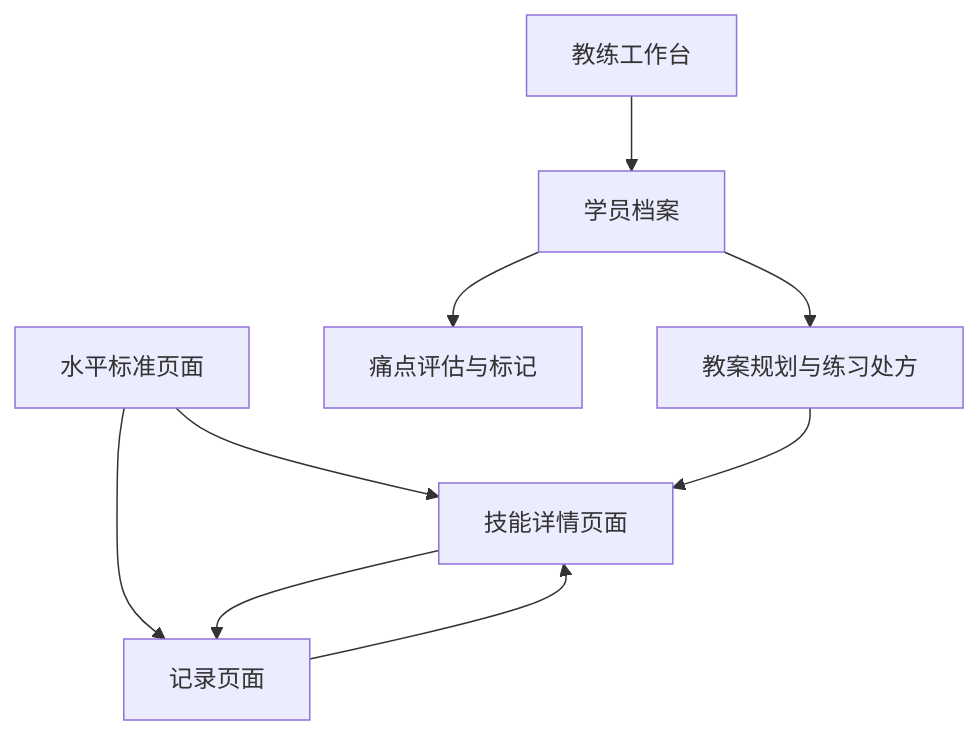
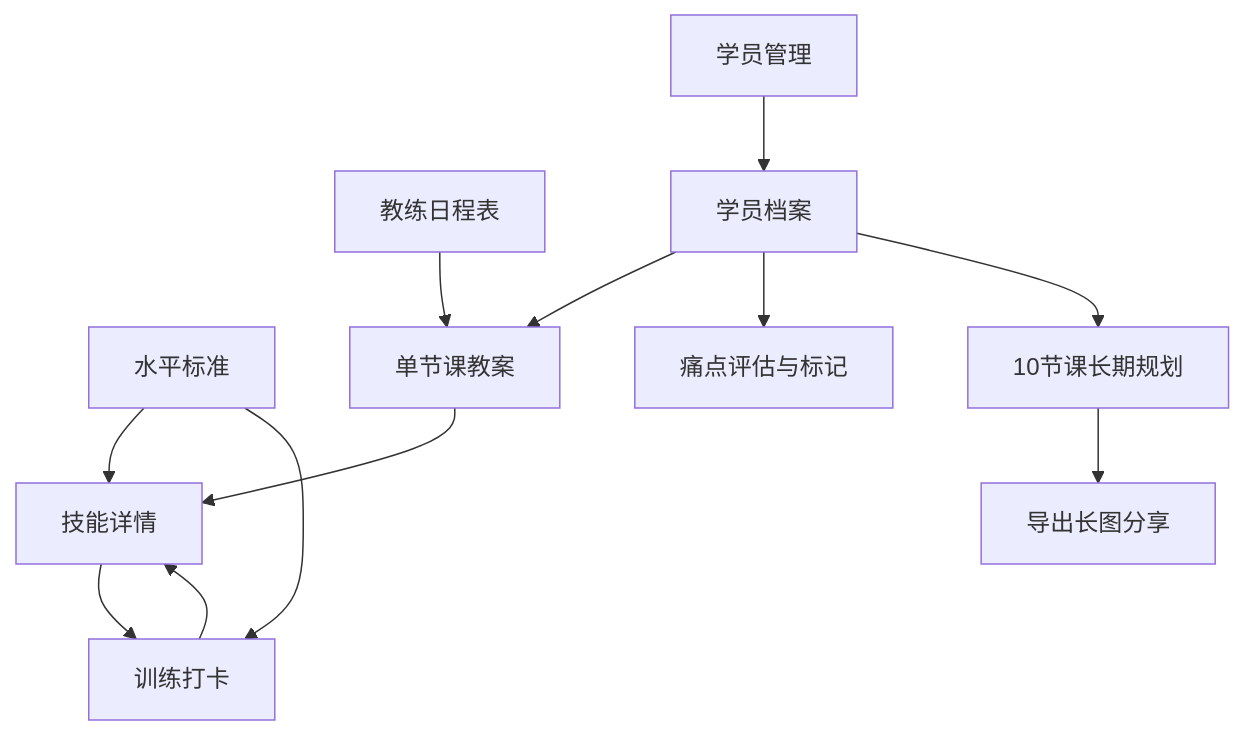
The diagram in .trae/documents/prd.md (Q06183/AllLevelTennis), drawn with Mermaid before and after one commit. The commit also changed other lines of this file and 18 other files, not shown here.

````diff
--- a/.trae/documents/prd.md
+++ b/.trae/documents/prd.md
@@ -64,11 +67,14 @@
 ```mermaid
 graph TD
-  A[水平标准页面] --> B[技能详情页面]
-  A --> C[记录页面]
+  A[水平标准] --> B[技能详情]
+  A --> C[训练打卡]
   B --> C
   C --> B
-  D[教练工作台] --> E[学员档案]
-  E --> F[痛点评估与标记]
-  E --> G[教案规划与练习处方]
-  G --> B
+  D[教练日程表] --> E[单节课教案]
+  F[学员管理] --> G[学员档案]
+  G --> E
+  G --> H[痛点评估与标记]
+  G --> I[10节课长期规划]
+  I --> J[导出长图分享]
+  E --> B
 ```
````
